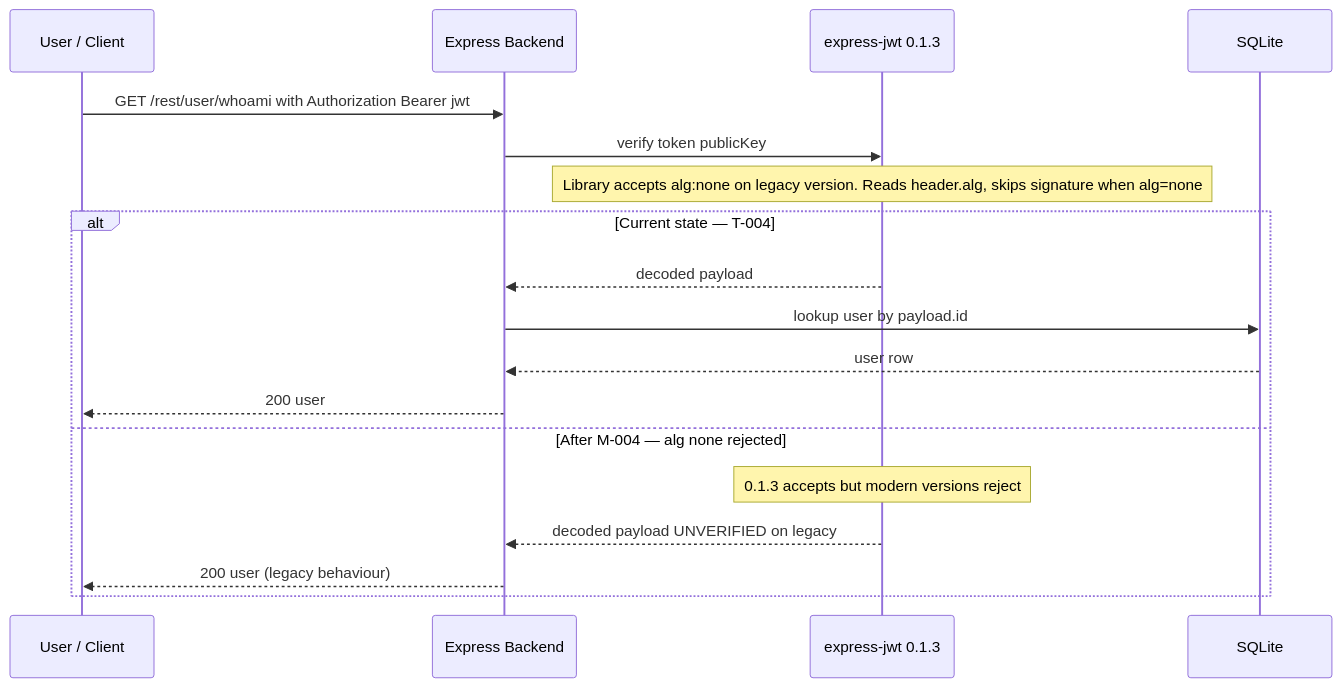
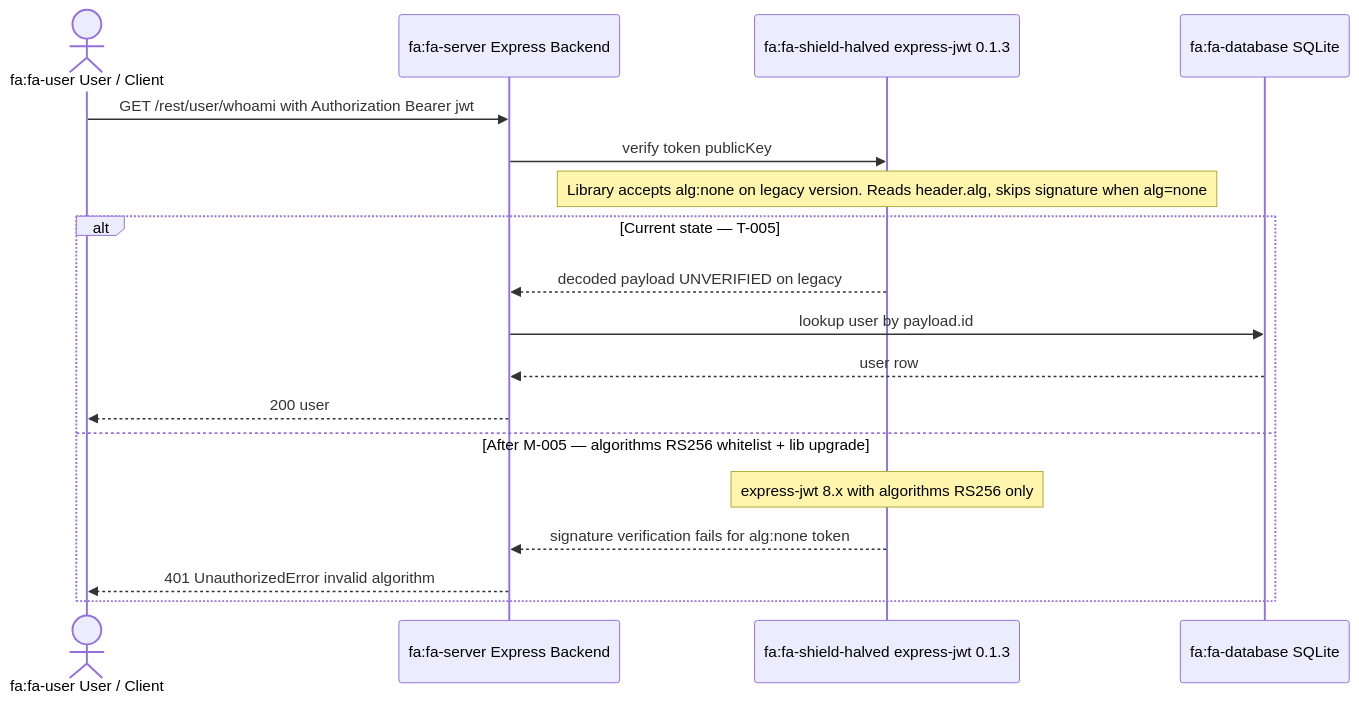
One commit to appsec-foundry/appsec-advisor changed diagram 17 of 18 in examples/threat-modeler/threat-mode-juice-shop-standard.md. Above: the diagram before and after it, drawn with Mermaid. The commit also changed other lines of this file and 9 other files, not shown here.

Commit message:
mermaid diagrams improved

````diff
--- a/examples/threat-modeler/threat-mode-juice-shop-standard.md
+++ b/examples/threat-modeler/threat-mode-juice-shop-standard.md
@@ -1197,21 +1020,21 @@
 ```mermaid
 sequenceDiagram
-    participant U as User / Client
-    participant API as Express Backend
-    participant EJWT as express-jwt 0.1.3
-    participant DB as SQLite
+    actor U as fa:fa-user User / Client
+    participant API as fa:fa-server Express Backend
+    participant EJWT as fa:fa-shield-halved express-jwt 0.1.3
+    participant DB as fa:fa-database SQLite
 
     U->>API: GET /rest/user/whoami with Authorization Bearer jwt
     API->>EJWT: verify token publicKey
     Note over EJWT: Library accepts alg:none on legacy version. Reads header.alg, skips signature when alg=none
-    alt Current state — T-004
-        EJWT-->>API: decoded payload
+    alt Current state — T-005
+        EJWT-->>API: decoded payload UNVERIFIED on legacy
         API->>DB: lookup user by payload.id
         DB-->>API: user row
         API-->>U: 200 user
-    else After M-004 — alg none rejected
-        Note over EJWT: 0.1.3 accepts but modern versions reject
-        EJWT-->>API: decoded payload UNVERIFIED on legacy
-        API-->>U: 200 user (legacy behaviour)
+    else After M-005 — algorithms RS256 whitelist + lib upgrade
+        Note over EJWT: express-jwt 8.x with algorithms RS256 only
+        EJWT-->>API: signature verification fails for alg:none token
+        API-->>U: 401 UnauthorizedError invalid algorithm
     end
 ```
````
